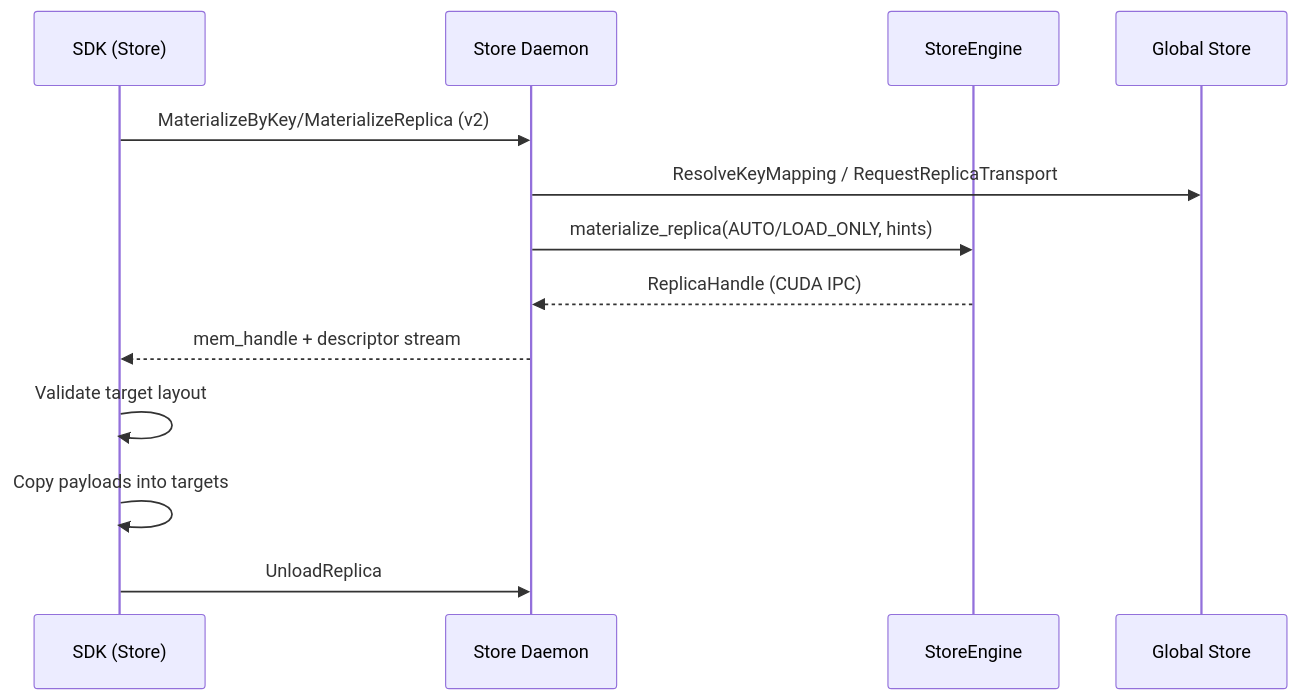
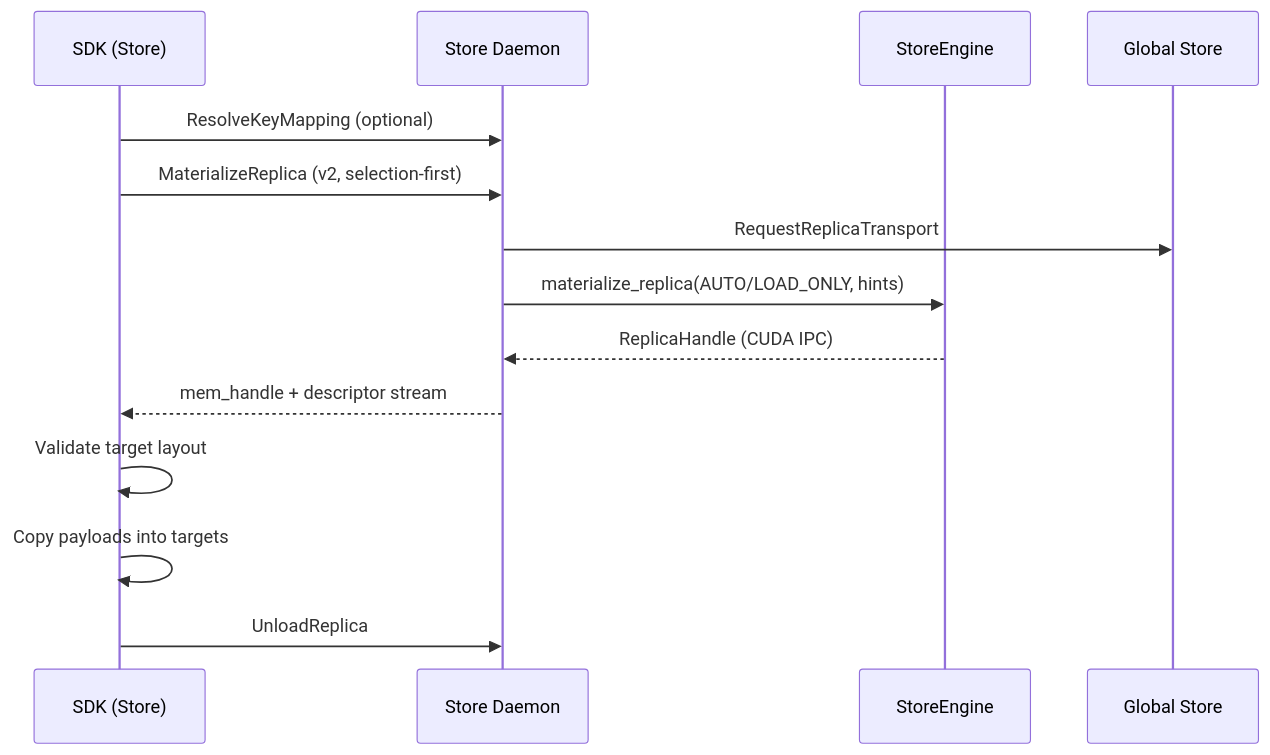
Before and after one commit to tensorcast-ai/tensorcast: the first of 2 diagrams in docs/internals/tensor_dict_into_dataflow.md, drawn with Mermaid. The commit also changed other lines of this file and 97 other files, not shown here.

First line of the commit message:
feat(sdk,daemon,core,proto): hard-cut to selection-first retrieval and materialization

````diff
--- a/docs/internals/tensor_dict_into_dataflow.md
+++ b/docs/internals/tensor_dict_into_dataflow.md
@@ -22,16 +22,17 @@
 ```mermaid
 sequenceDiagram
   participant SDK as SDK (Store)
   participant Daemon as Store Daemon
   participant Engine as StoreEngine
   participant GS as Global Store
 
-  SDK->>Daemon: MaterializeByKey/MaterializeReplica (v2)
-  Daemon->>GS: ResolveKeyMapping / RequestReplicaTransport
+  SDK->>Daemon: ResolveKeyMapping (optional)
+  SDK->>Daemon: MaterializeReplica (v2, selection-first)
+  Daemon->>GS: RequestReplicaTransport
   Daemon->>Engine: materialize_replica(AUTO/LOAD_ONLY, hints)
   Engine-->>Daemon: ReplicaHandle (CUDA IPC)
   Daemon-->>SDK: mem_handle + descriptor stream
   SDK->>SDK: Validate target layout
   SDK->>SDK: Copy payloads into targets
   SDK->>Daemon: UnloadReplica
 ```
````
